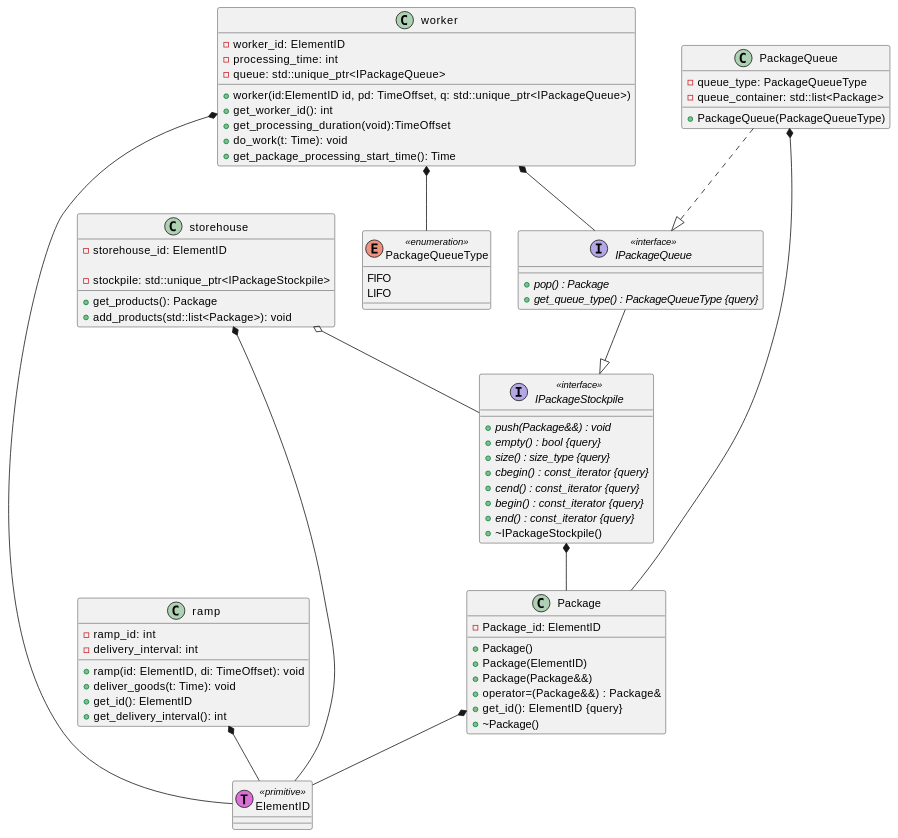
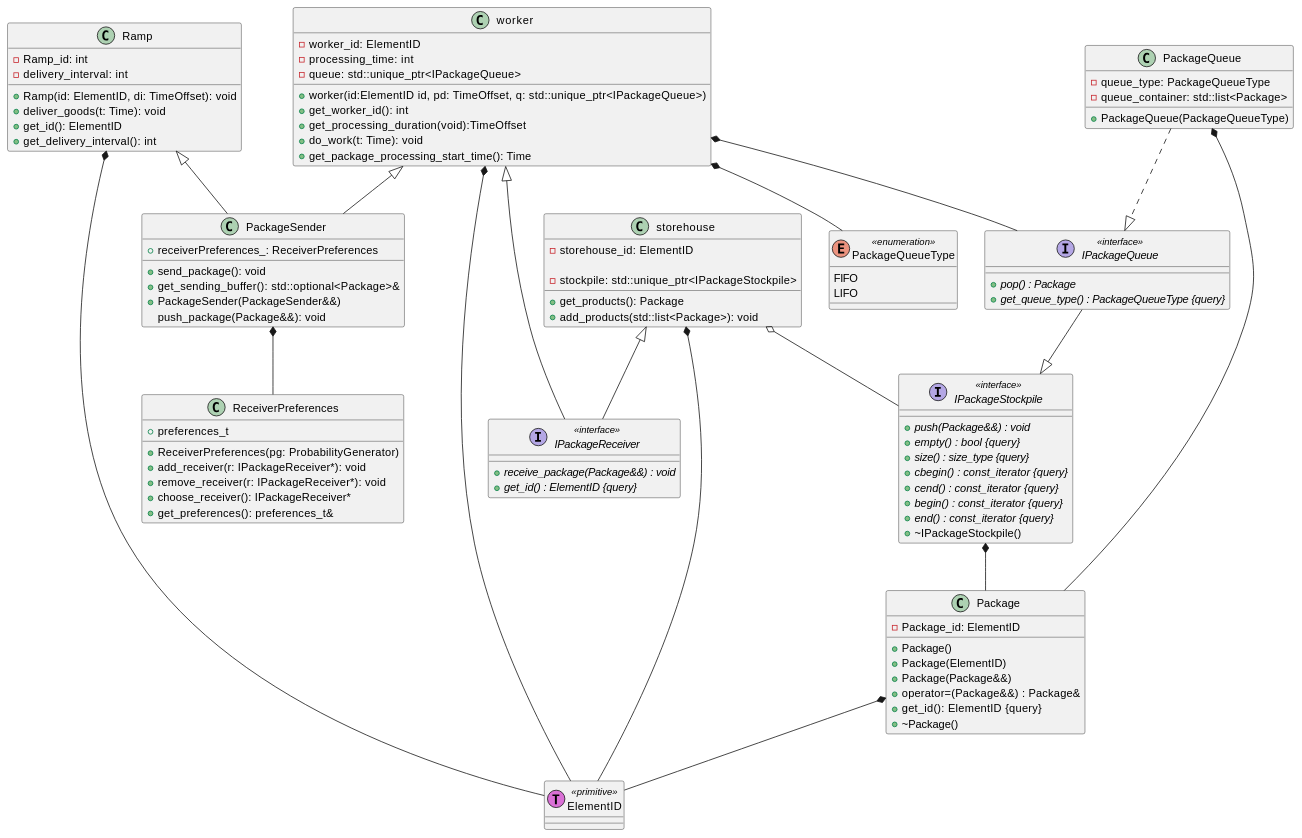
Before and after one commit to GrawtoG/NetSim: the diagram in docs/diagram.md, drawn with PlantUML. The commit also changed 8 other files, not shown here.

```diff
--- a/docs/diagram.md
+++ b/docs/diagram.md
@@ -10,13 +10,32 @@
 -processing_time: int
 -queue: std::unique_ptr<IPackageQueue>
 }
-class ramp{
-+ramp(id: ElementID, di: TimeOffset): void
+class Ramp{
++Ramp(id: ElementID, di: TimeOffset): void
 +deliver_goods(t: Time): void
 +get_id(): ElementID
 +get_delivery_interval(): int
--ramp_id: int
+-Ramp_id: int
 -delivery_interval: int
+}
+class PackageSender{
++receiverPreferences_: ReceiverPreferences
++send_package(): void
++get_sending_buffer(): std::optional<Package>&
++PackageSender(PackageSender&&)
+push_package(Package&&): void
+}
+interface IPackageReceiver <<interface>>{
++{abstract} receive_package(Package&&) : void
++{abstract} get_id() : ElementID {query}
+}
+class ReceiverPreferences{
++preferences_t
++ReceiverPreferences(pg: ProbabilityGenerator)
++add_receiver(r: IPackageReceiver*): void
++remove_receiver(r: IPackageReceiver*): void
++choose_receiver(): IPackageReceiver*
++get_preferences(): preferences_t&
 }
 class storehouse{
 -storehouse_id: ElementID
@@ -79,9 +98,14 @@
 storehouse *-- ElementID
 Package *-- ElementID
 PackageQueue *-- Package
-ramp *-- ElementID
+Ramp *-- ElementID
 storehouse o-- IPackageStockpile
 	class ElementID << (T,orchid) primitive>>
+PackageSender *-- ReceiverPreferences
+Ramp <|-- PackageSender
+worker <|-- PackageSender
 
+storehouse <|-- IPackageReceiver
+worker <|-- IPackageReceiver
 
 @enduml
```
